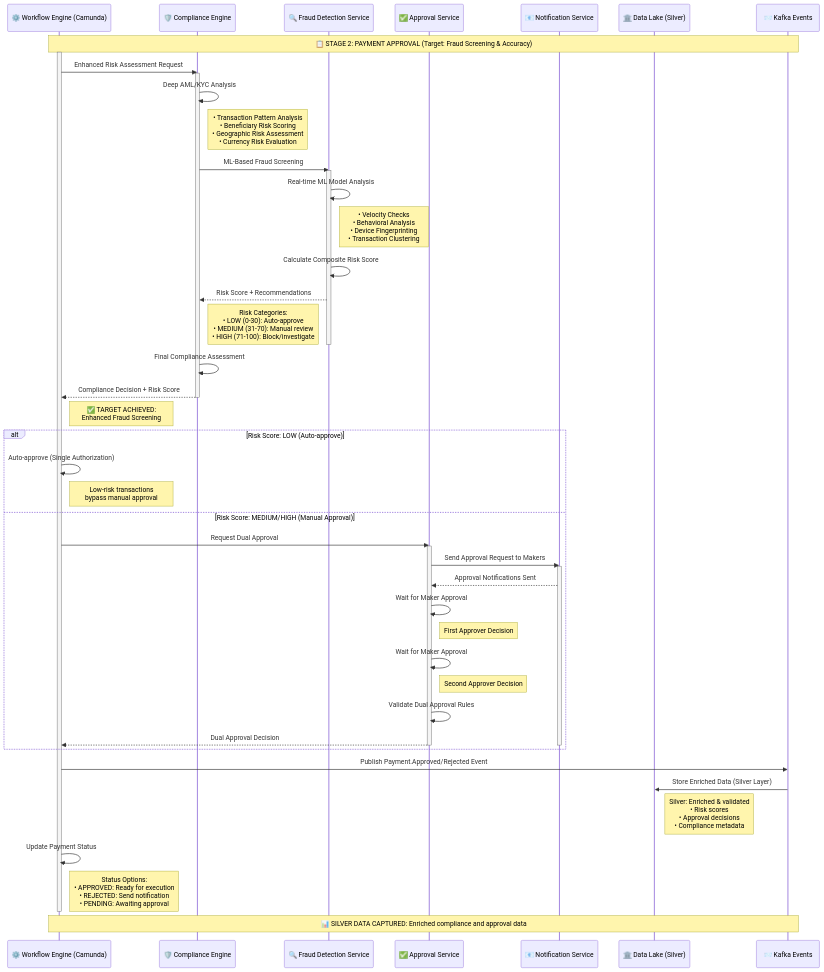
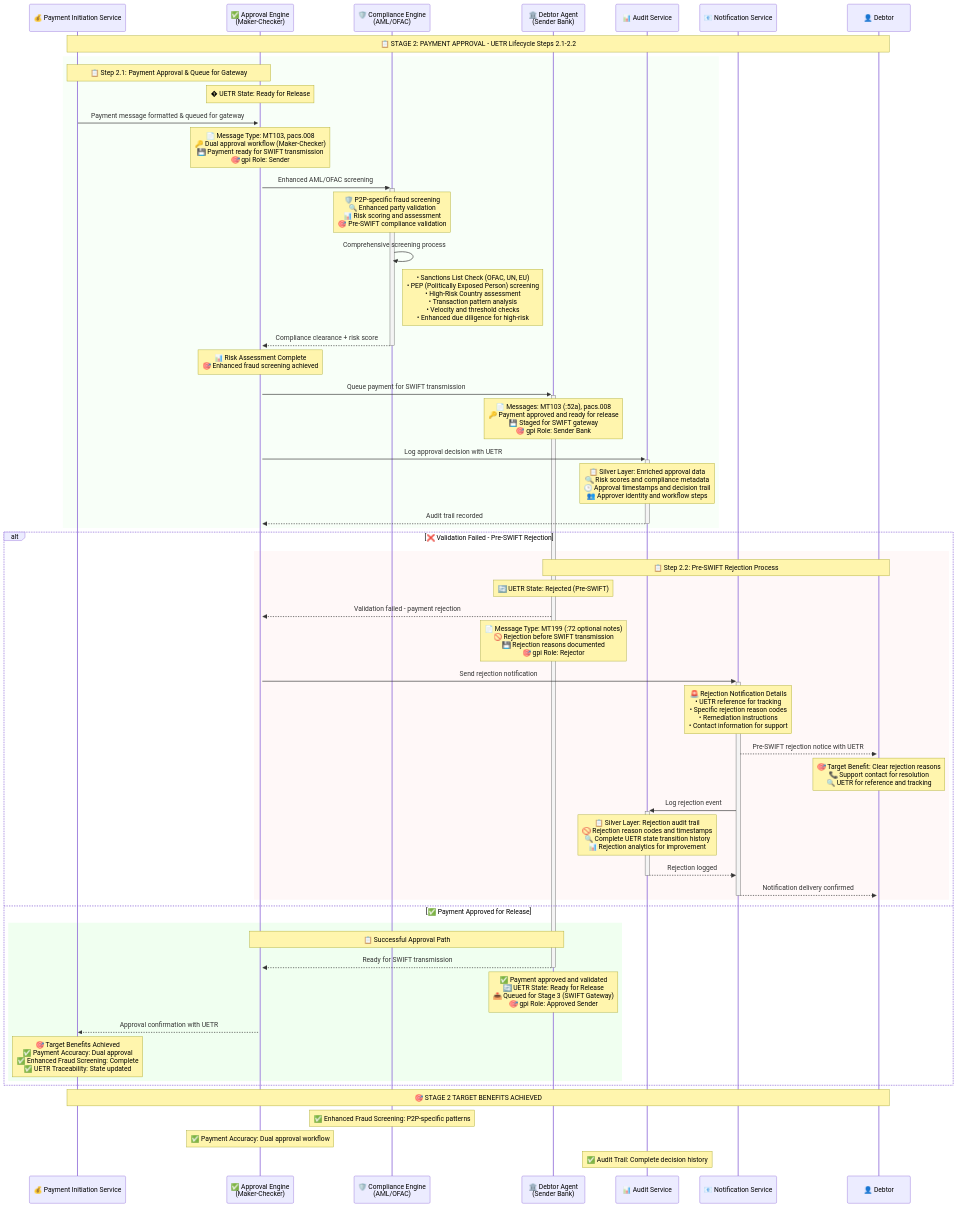
Before and after one commit to calvinlee999/react_next_java_journey: the diagram in docs/sequence-diagrams/stage2-payment-approval.md, drawn with Mermaid. The commit also changed other lines of this file and 6 other files, not shown here.

````diff
--- a/docs/sequence-diagrams/stage2-payment-approval.md
+++ b/docs/sequence-diagrams/stage2-payment-approval.md
@@ -4,74 +4,73 @@
 ```mermaid
 sequenceDiagram
-    participant WorkflowEngine as ⚙️ Workflow Engine (Camunda)
-    participant ComplianceEngine as 🛡️ Compliance Engine
-    participant FraudDetection as 🔍 Fraud Detection Service
-    participant ApprovalService as ✅ Approval Service
+    participant PaymentInitSvc as 💰 Payment Initiation Service
+    participant ApprovalEngine as ✅ Approval Engine<br/>(Maker-Checker)
+    participant ComplianceEngine as 🛡️ Compliance Engine<br/>(AML/OFAC)
+    participant DebtorAgent as 🏛️ Debtor Agent<br/>(Sender Bank)
+    participant AuditService as 📊 Audit Service
     participant NotificationSvc as 📧 Notification Service
-    participant DataLake as 🏛️ Data Lake (Silver)
-    participant KafkaEvents as 📨 Kafka Events
+    participant Debtor as 👤 Debtor
 
-    Note over WorkflowEngine, KafkaEvents: 📋 STAGE 2: PAYMENT APPROVAL (Target: Fraud Screening & Accuracy)
+    Note over PaymentInitSvc, Debtor: 📋 STAGE 2: PAYMENT APPROVAL - UETR Lifecycle Steps 2.1-2.2
 
-    %% Process Step 1: Enhanced Risk Assessment
-    activate WorkflowEngine
-    WorkflowEngine->>ComplianceEngine: Enhanced Risk Assessment Request
-    activate ComplianceEngine
-    ComplianceEngine->>ComplianceEngine: Deep AML/KYC Analysis
-    Note right of ComplianceEngine: • Transaction Pattern Analysis<br/>• Beneficiary Risk Scoring<br/>• Geographic Risk Assessment<br/>• Currency Risk Evaluation
-
-    %% Process Step 2: Fraud Detection Analysis
-    ComplianceEngine->>FraudDetection: ML-Based Fraud Screening
-    activate FraudDetection
-    FraudDetection->>FraudDetection: Real-time ML Model Analysis
-    Note right of FraudDetection: • Velocity Checks<br/>• Behavioral Analysis<br/>• Device Fingerprinting<br/>• Transaction Clustering
-
-    %% Process Step 3: Risk Score Calculation
-    FraudDetection->>FraudDetection: Calculate Composite Risk Score
-    FraudDetection-->>ComplianceEngine: Risk Score + Recommendations
-    Note left of FraudDetection: Risk Categories:<br/>• LOW (0-30): Auto-approve<br/>• MEDIUM (31-70): Manual review<br/>• HIGH (71-100): Block/investigate
-    deactivate FraudDetection
-
-    %% Process Step 4: Compliance Decision
-    ComplianceEngine->>ComplianceEngine: Final Compliance Assessment
-    ComplianceEngine-->>WorkflowEngine: Compliance Decision + Risk Score
-    deactivate ComplianceEngine
-    Note right of WorkflowEngine: ✅ TARGET ACHIEVED:<br/>Enhanced Fraud Screening
-
-    %% Process Step 5: Dual Approval Logic
-    alt Risk Score: LOW (Auto-approve)
-        WorkflowEngine->>WorkflowEngine: Auto-approve (Single Authorization)
-        Note right of WorkflowEngine: Low-risk transactions<br/>bypass manual approval
-    else Risk Score: MEDIUM/HIGH (Manual Approval)
-        WorkflowEngine->>ApprovalService: Request Dual Approval
-        activate ApprovalService
-        ApprovalService->>NotificationSvc: Send Approval Request to Makers
-        activate NotificationSvc
-        NotificationSvc-->>ApprovalService: Approval Notifications Sent
-
-        %% First Approval
-        ApprovalService->>ApprovalService: Wait for Maker Approval #1
-        Note right of ApprovalService: First Approver Decision
-        ApprovalService->>ApprovalService: Wait for Maker Approval #2
-        Note right of ApprovalService: Second Approver Decision
-
-        %% Final Approval Decision
-        ApprovalService->>ApprovalService: Validate Dual Approval Rules
-        ApprovalService-->>WorkflowEngine: Dual Approval Decision
-        deactivate ApprovalService
-        deactivate NotificationSvc
+    rect rgb(248, 255, 248)
+        Note over PaymentInitSvc, ApprovalEngine: 📋 Step 2.1: Payment Approval & Queue for Gateway
+        Note over ApprovalEngine: � UETR State: Ready for Release
+        
+        PaymentInitSvc->>+ApprovalEngine: Payment message formatted & queued for gateway
+        Note over ApprovalEngine: 📄 Message Type: MT103, pacs.008<br/>🔑 Dual approval workflow (Maker-Checker)<br/>💾 Payment ready for SWIFT transmission<br/>🎯 gpi Role: Sender
+        
+        ApprovalEngine->>+ComplianceEngine: Enhanced AML/OFAC screening
+        Note over ComplianceEngine: 🛡️ P2P-specific fraud screening<br/>🔍 Enhanced party validation<br/>📊 Risk scoring and assessment<br/>🎯 Pre-SWIFT compliance validation
+        
+        ComplianceEngine->>ComplianceEngine: Comprehensive screening process
+        Note right of ComplianceEngine: • Sanctions List Check (OFAC, UN, EU)<br/>• PEP (Politically Exposed Person) screening<br/>• High-Risk Country assessment<br/>• Transaction pattern analysis<br/>• Velocity and threshold checks<br/>• Enhanced due diligence for high-risk
+        
+        ComplianceEngine-->>-ApprovalEngine: Compliance clearance + risk score
+        Note over ApprovalEngine: 📊 Risk Assessment Complete<br/>🎯 Enhanced fraud screening achieved
+        
+        ApprovalEngine->>+DebtorAgent: Queue payment for SWIFT transmission
+        Note over DebtorAgent: 📄 Messages: MT103 (:52a), pacs.008<br/>🔑 Payment approved and ready for release<br/>💾 Staged for SWIFT gateway<br/>🎯 gpi Role: Sender Bank
+        
+        ApprovalEngine->>+AuditService: Log approval decision with UETR
+        Note over AuditService: 📋 Silver Layer: Enriched approval data<br/>🔍 Risk scores and compliance metadata<br/>🕒 Approval timestamps and decision trail<br/>👥 Approver identity and workflow steps
+        AuditService-->>-ApprovalEngine: Audit trail recorded
     end
 
-    %% Process Step 6: Data Enrichment (Silver Layer)
-    WorkflowEngine->>KafkaEvents: Publish Payment.Approved/Rejected Event
-    KafkaEvents->>DataLake: Store Enriched Data (Silver Layer)
-    Note right of DataLake: Silver: Enriched & validated<br/>• Risk scores<br/>• Approval decisions<br/>• Compliance metadata
+    alt ❌ Validation Failed - Pre-SWIFT Rejection
+        rect rgb(255, 248, 248)
+            Note over DebtorAgent, Debtor: 📋 Step 2.2: Pre-SWIFT Rejection Process
+            Note over DebtorAgent: 🔄 UETR State: Rejected (Pre-SWIFT)
+            
+            DebtorAgent-->>ApprovalEngine: Validation failed - payment rejection
+            Note over DebtorAgent: 📄 Message Type: MT199 (:72 optional notes)<br/>🚫 Rejection before SWIFT transmission<br/>💾 Rejection reasons documented<br/>🎯 gpi Role: Rejector
+            
+            ApprovalEngine->>+NotificationSvc: Send rejection notification
+            Note over NotificationSvc: 🚨 Rejection Notification Details<br/>• UETR reference for tracking<br/>• Specific rejection reason codes<br/>• Remediation instructions<br/>• Contact information for support
+            
+            NotificationSvc-->>+Debtor: Pre-SWIFT rejection notice with UETR
+            Note over Debtor: 🎯 Target Benefit: Clear rejection reasons<br/>📞 Support contact for resolution<br/>🔍 UETR for reference and tracking
+            
+            NotificationSvc->>+AuditService: Log rejection event
+            Note over AuditService: 📋 Silver Layer: Rejection audit trail<br/>🚫 Rejection reason codes and timestamps<br/>🔍 Complete UETR state transition history<br/>📊 Rejection analytics for improvement
+            AuditService-->>-NotificationSvc: Rejection logged
+            NotificationSvc-->>-Debtor: Notification delivery confirmed
+        end
+    else ✅ Payment Approved for Release
+        rect rgb(240, 255, 240)
+            Note over DebtorAgent, ApprovalEngine: 📋 Successful Approval Path
+            
+            DebtorAgent-->>-ApprovalEngine: Ready for SWIFT transmission
+            Note over DebtorAgent: ✅ Payment approved and validated<br/>🔄 UETR State: Ready for Release<br/>📤 Queued for Stage 3 (SWIFT Gateway)<br/>🎯 gpi Role: Approved Sender
+            
+            ApprovalEngine-->>PaymentInitSvc: Approval confirmation with UETR
+            Note over PaymentInitSvc: 🎯 Target Benefits Achieved<br/>✅ Payment Accuracy: Dual approval<br/>✅ Enhanced Fraud Screening: Complete<br/>✅ UETR Traceability: State updated
+        end
+    end
 
-    %% Process Step 7: Status Update
-    WorkflowEngine->>WorkflowEngine: Update Payment Status
-    Note right of WorkflowEngine: Status Options:<br/>• APPROVED: Ready for execution<br/>• REJECTED: Send notification<br/>• PENDING: Awaiting approval
-    deactivate WorkflowEngine
-
-    Note over WorkflowEngine, KafkaEvents: 📊 SILVER DATA CAPTURED: Enriched compliance and approval data
+    Note over PaymentInitSvc, Debtor: 🎯 STAGE 2 TARGET BENEFITS ACHIEVED
+    Note over ComplianceEngine: ✅ Enhanced Fraud Screening: P2P-specific patterns
+    Note over ApprovalEngine: ✅ Payment Accuracy: Dual approval workflow
+    Note over AuditService: ✅ Audit Trail: Complete decision history
 
 ```
````
